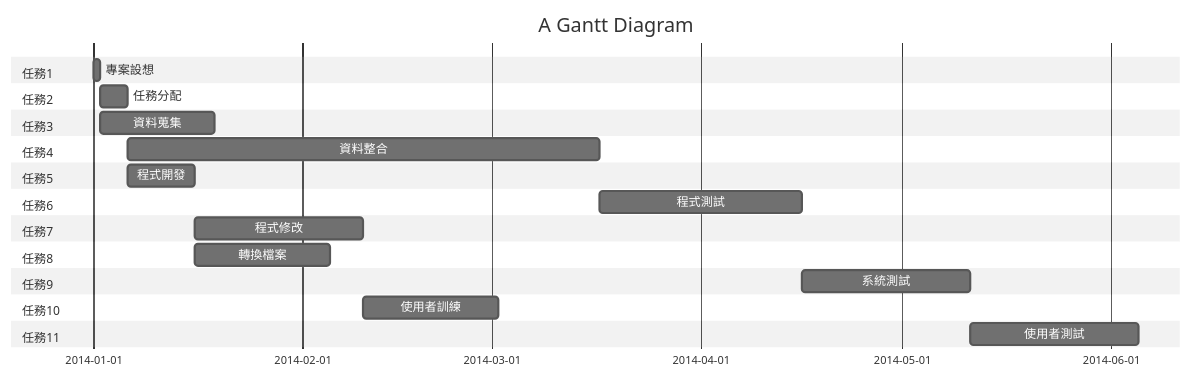
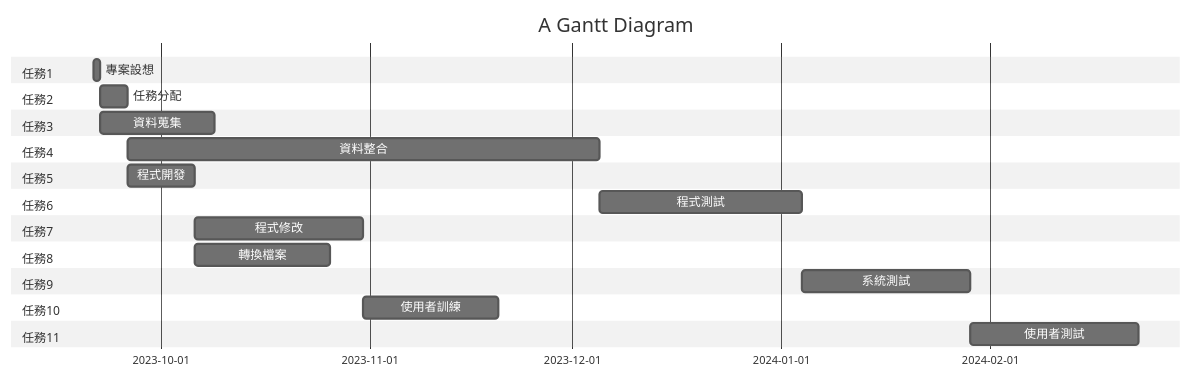
One commit to yikun0117/23b1 changed the diagram in hw2.md. Above: the diagram before and after it, drawn with Mermaid (neutral theme). The commit also changed other lines of this file, not shown here.

````diff
--- a/hw2.md
+++ b/hw2.md
@@ -10,27 +12,27 @@
 ```mermaid
 gantt
     title A Gantt Diagram
 
     section 任務1
-    專案設想       : a1 , 2014-01-01 , 1d
+    專案設想       : a1 , 2023-09-21 , 1d
     section 任務2
     任務分配       : a2 , after a1 , 4d
     section 任務3
     資料蒐集       : a3 , after a1 , 17d
     section 任務4
     資料整合      : a4 , after a2 , 70d
     section 任務5
     程式開發      : a5 , after a2 ,10d
     section 任務6
     程式測試       : a6 , after a4 , 30d
     section 任務7
     程式修改   : a7 , after a5,25d
     section 任務8
     轉換檔案       :a8 , after a5 , 20d
     section 任務9
     系統測試       : a9 , after a6 , 25d
     section 任務10
     使用者訓練     : a10 , after a7,20d
     section 任務11
     使用者測試     : a11 , after a9 , 25d
 ```
````
